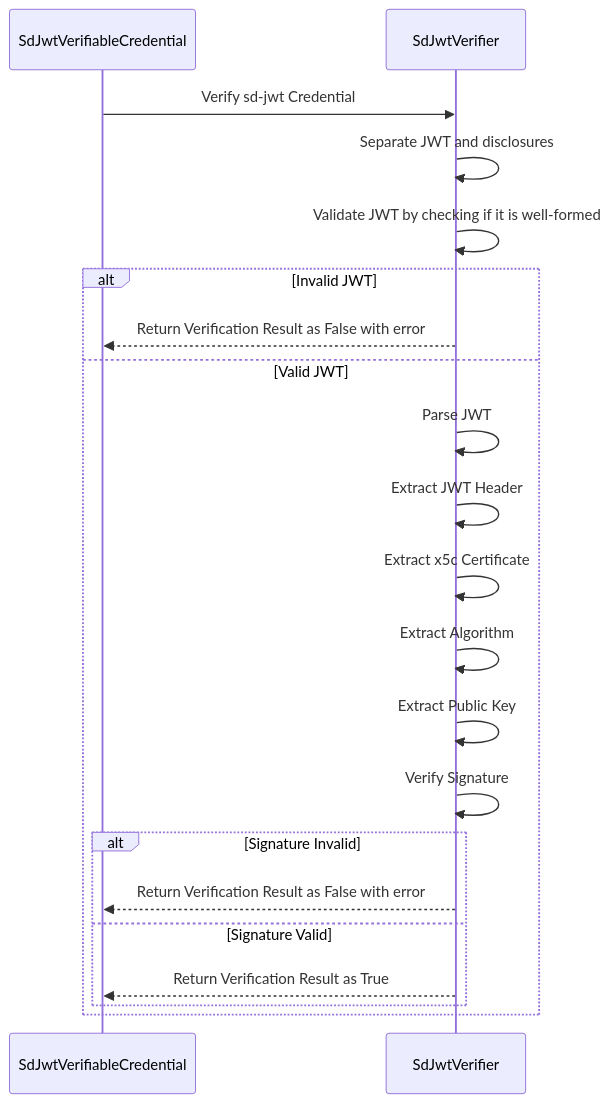
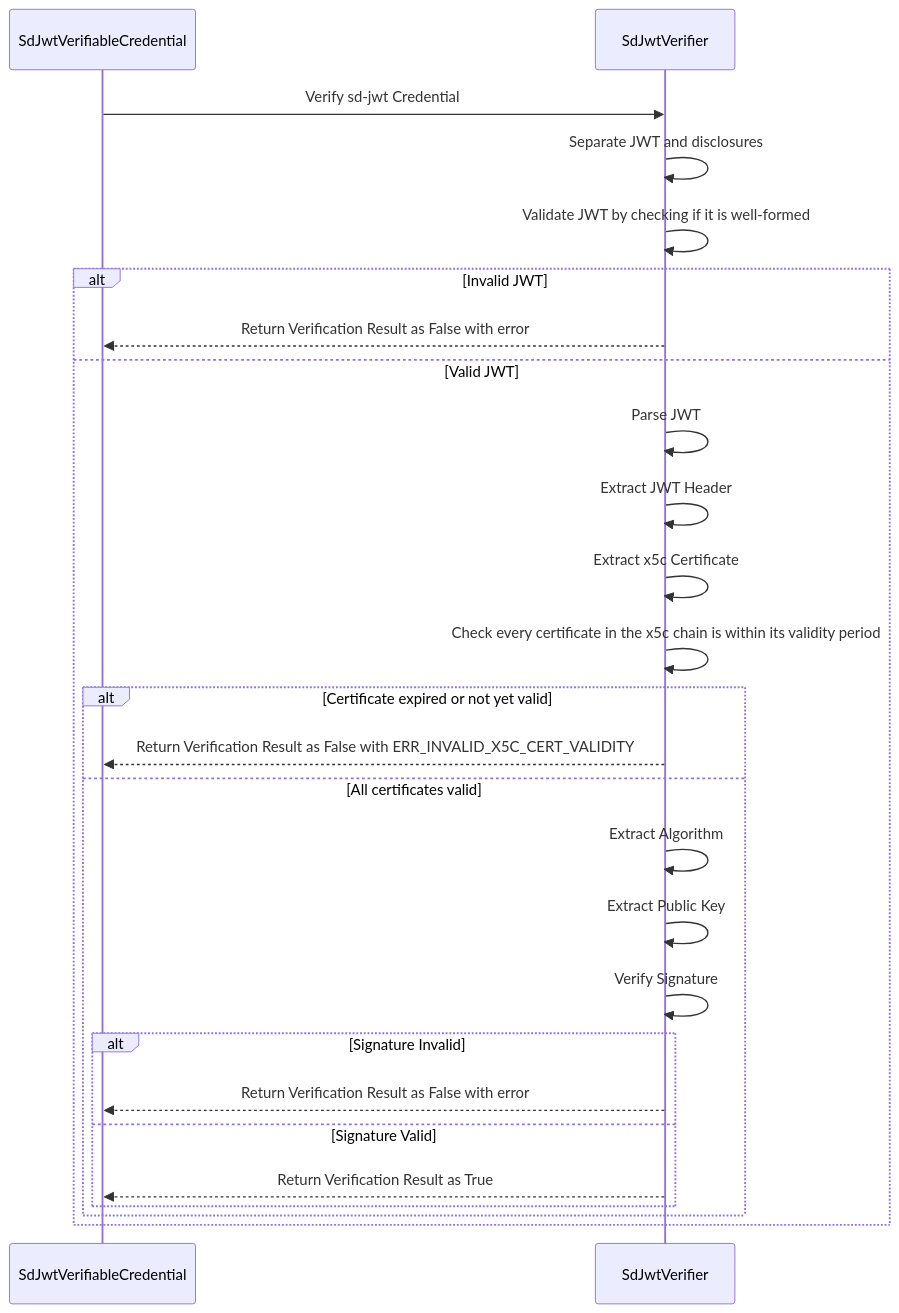
One commit to inji/vc-verifier changed the third of 3 diagrams in doc/sdjwt-vc-verification-support.md. Above: the diagram before and after it, drawn with Mermaid. The commit also changed other lines of this file and 6 other files, not shown here.

Commit message:
fix(sdjwt): cap x5c chain length, sanitise logged cert subject, pin error precedence and document cert validity

````diff
--- a/doc/sdjwt-vc-verification-support.md
+++ b/doc/sdjwt-vc-verification-support.md
@@ -129,22 +129,27 @@
 ```mermaid
 sequenceDiagram
 
    SdJwtVerifiableCredential->>SdJwtVerifier: Verify sd-jwt Credential
    SdJwtVerifier->>SdJwtVerifier: Separate JWT and disclosures
    SdJwtVerifier->>SdJwtVerifier: Validate JWT by checking if it is well-formed
    alt Invalid JWT
       SdJwtVerifier-->>SdJwtVerifiableCredential: Return Verification Result as False with error
    else Valid JWT
       SdJwtVerifier->>SdJwtVerifier: Parse JWT
       SdJwtVerifier->>SdJwtVerifier: Extract JWT Header
       SdJwtVerifier->>SdJwtVerifier: Extract x5c Certificate
-      SdJwtVerifier->>SdJwtVerifier: Extract Algorithm
-      SdJwtVerifier->>SdJwtVerifier: Extract Public Key
-      SdJwtVerifier->>SdJwtVerifier: Verify Signature
-      alt Signature Invalid
-         SdJwtVerifier-->>SdJwtVerifiableCredential: Return Verification Result as False with error
-      else Signature Valid
-         SdJwtVerifier-->>SdJwtVerifiableCredential: Return Verification Result as True
+      SdJwtVerifier->>SdJwtVerifier: Check every certificate in the x5c chain is within its validity period
+      alt Certificate expired or not yet valid
+         SdJwtVerifier-->>SdJwtVerifiableCredential: Return Verification Result as False with ERR_INVALID_X5C_CERT_VALIDITY
+      else All certificates valid
+         SdJwtVerifier->>SdJwtVerifier: Extract Algorithm
+         SdJwtVerifier->>SdJwtVerifier: Extract Public Key
+         SdJwtVerifier->>SdJwtVerifier: Verify Signature
+         alt Signature Invalid
+            SdJwtVerifier-->>SdJwtVerifiableCredential: Return Verification Result as False with error
+         else Signature Valid
+            SdJwtVerifier-->>SdJwtVerifiableCredential: Return Verification Result as True
+         end
       end
    end
 ```
````
